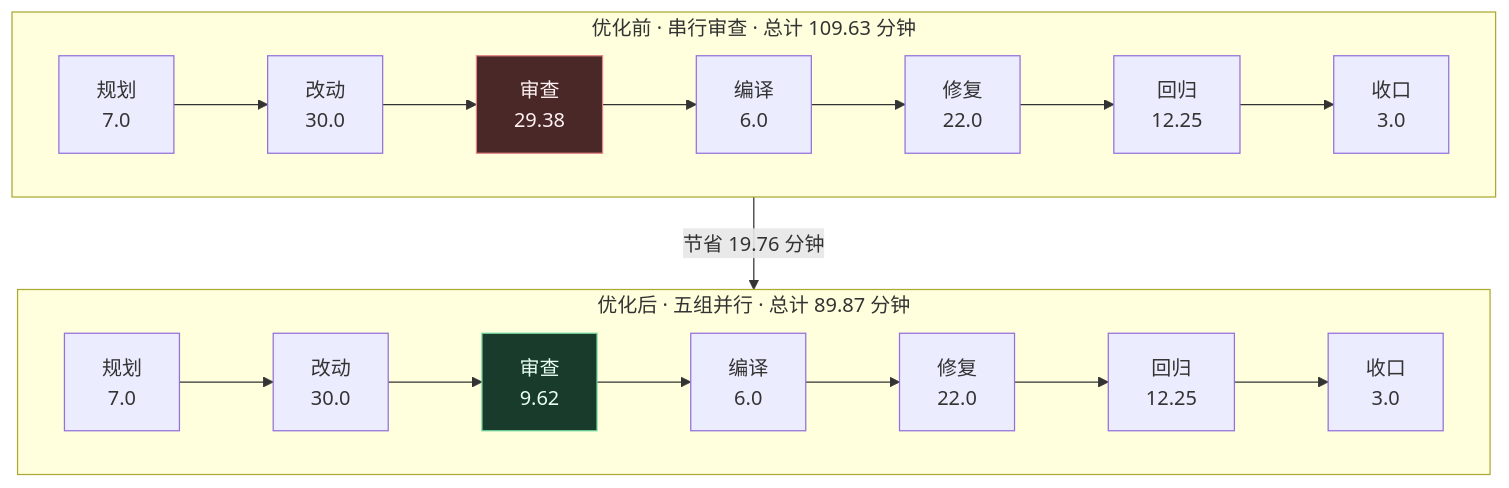
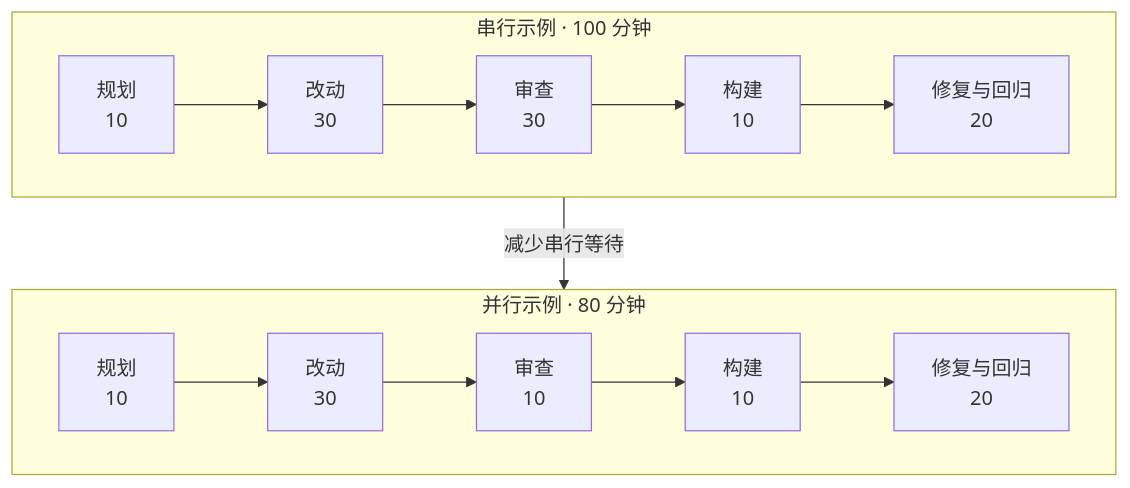
One commit to Job-Yang/Job-Yang.github.io changed the diagram in src/content/posts/iloop-性能优化-任务分析与验证提速.md. Above: the diagram before and after it, drawn with Mermaid. The commit also changed other lines of this file and 92 other files, not shown here.

````diff
--- a/src/content/posts/iloop-性能优化-任务分析与验证提速.md
+++ b/src/content/posts/iloop-性能优化-任务分析与验证提速.md
@@ -35,16 +28,12 @@
 ```mermaid
 flowchart TB
-    subgraph BEFORE["优化前 · 串行审查 · 总计 109.63 分钟"]
+    subgraph BEFORE["串行示例 · 100 分钟"]
         direction LR
-        B1["规划<br/>7.0"] --> B2["改动<br/>30.0"] --> B3["审查<br/>29.38"] --> B4["编译<br/>6.0"] --> B5["修复<br/>22.0"] --> B6["回归<br/>12.25"] --> B7["收口<br/>3.0"]
+        B1["规划<br/>10"] --> B2["改动<br/>30"] --> B3["审查<br/>30"] --> B4["构建<br/>10"] --> B5["修复与回归<br/>20"]
     end
-    subgraph AFTER["优化后 · 五组并行 · 总计 89.87 分钟"]
+    subgraph AFTER["并行示例 · 80 分钟"]
         direction LR
-        A1["规划<br/>7.0"] --> A2["改动<br/>30.0"] --> A3["审查<br/>9.62"] --> A4["编译<br/>6.0"] --> A5["修复<br/>22.0"] --> A6["回归<br/>12.25"] --> A7["收口<br/>3.0"]
+        A1["规划<br/>10"] --> A2["改动<br/>30"] --> A3["审查<br/>10"] --> A4["构建<br/>10"] --> A5["修复与回归<br/>20"]
     end
-    BEFORE -->|"节省 19.76 分钟"| AFTER
-    classDef reduced fill:#183b2b,stroke:#70d49b,color:#e9fff1;
-    classDef baseline fill:#4a2828,stroke:#e48585,color:#fff1f1;
-    class B3 baseline;
-    class A3 reduced;
+    BEFORE -->|"减少串行等待"| AFTER
 ```
````
